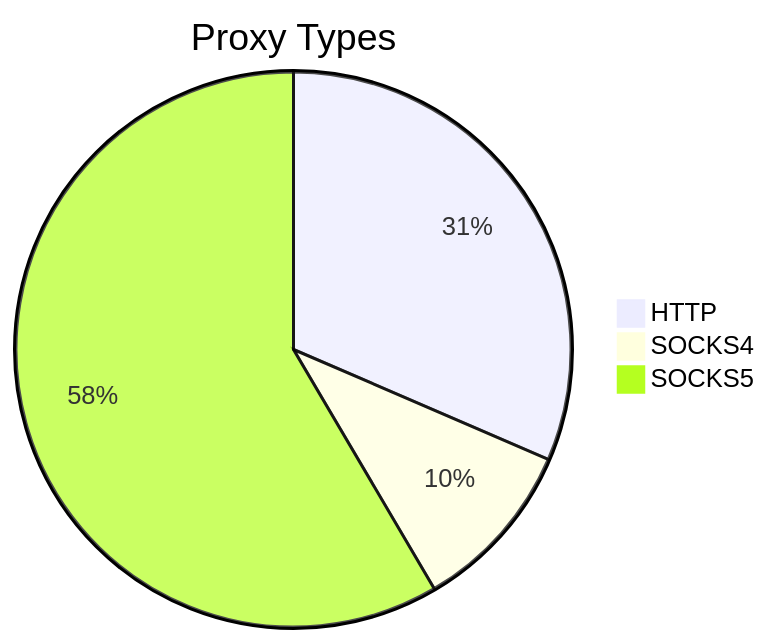
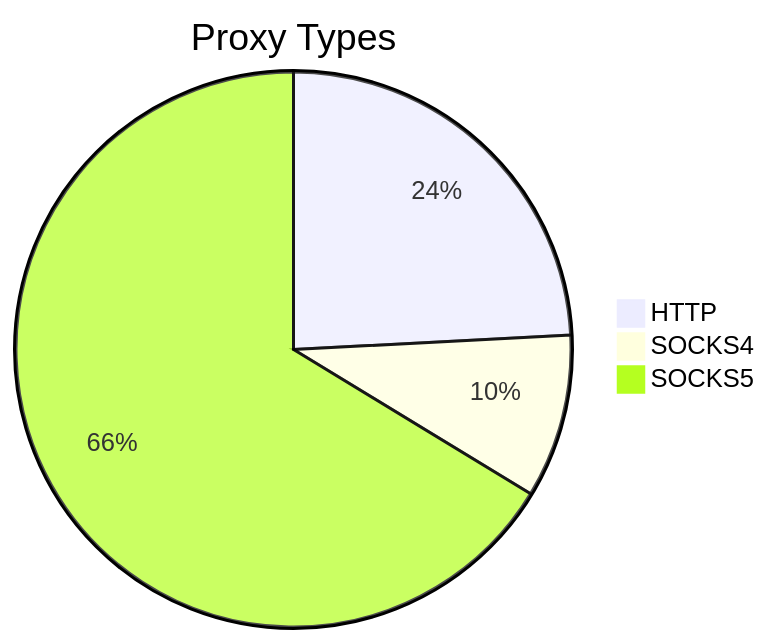
Before and after one commit to stormsia/proxy-list: the first of 2 diagrams in README.md, drawn with Mermaid. The commit also changed other lines of this file, not shown here.

````diff
--- a/README.md
+++ b/README.md
@@ -21,6 +21,6 @@
 ```mermaid
 pie title Proxy Types
-    "HTTP" : 119
-    "SOCKS4" : 38
-    "SOCKS5" : 221
+    "HTTP" : 109
+    "SOCKS4" : 43
+    "SOCKS5" : 299
 ```
````
